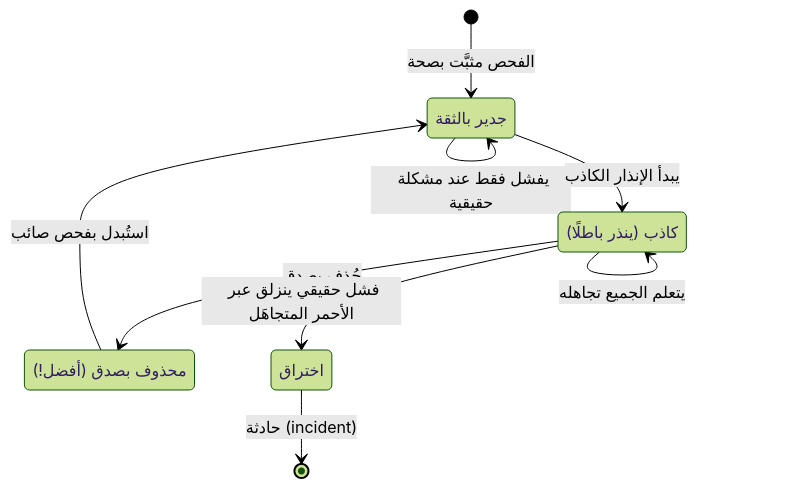
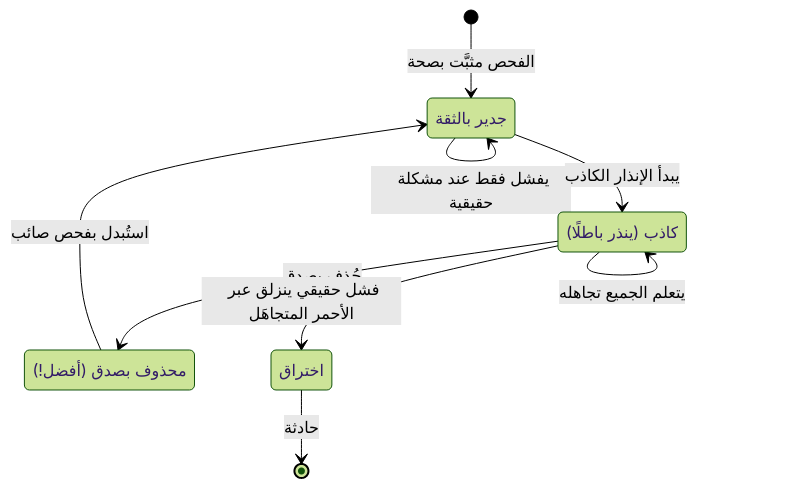
Before and after one commit to Tamoura/system-design-for-vibe-coders: the third of 5 diagrams in modules/08-safety-nets/module.ar.md, drawn with Mermaid (forest theme). The commit also changed other lines of this file and 551 other files, not shown here.

````diff
--- a/modules/08-safety-nets/module.ar.md
+++ b/modules/08-safety-nets/module.ar.md
@@ -373,15 +373,15 @@
 ```mermaid
 stateDiagram-v2
     state "جدير بالثقة" as Trust
     state "كاذب (ينذر باطلًا)" as Cry
     state "محذوف بصدق (أفضل!)" as Del
     state "اختراق" as Breach
     [*] --> Trust: الفحص مثبَّت بصحة
     Trust --> Trust: يفشل فقط عند مشكلة حقيقية
     Trust --> Cry: يبدأ الإنذار الكاذب
     Cry --> Cry: يتعلم الجميع تجاهله
     Cry --> Del: حُذف بصدق
     Cry --> Breach: فشل حقيقي ينزلق عبر الأحمر المتجاهَل
     Del --> Trust: استُبدل بفحص صائب
-    Breach --> [*]: حادثة (incident)
+    Breach --> [*]: حادثة
 ```
````
